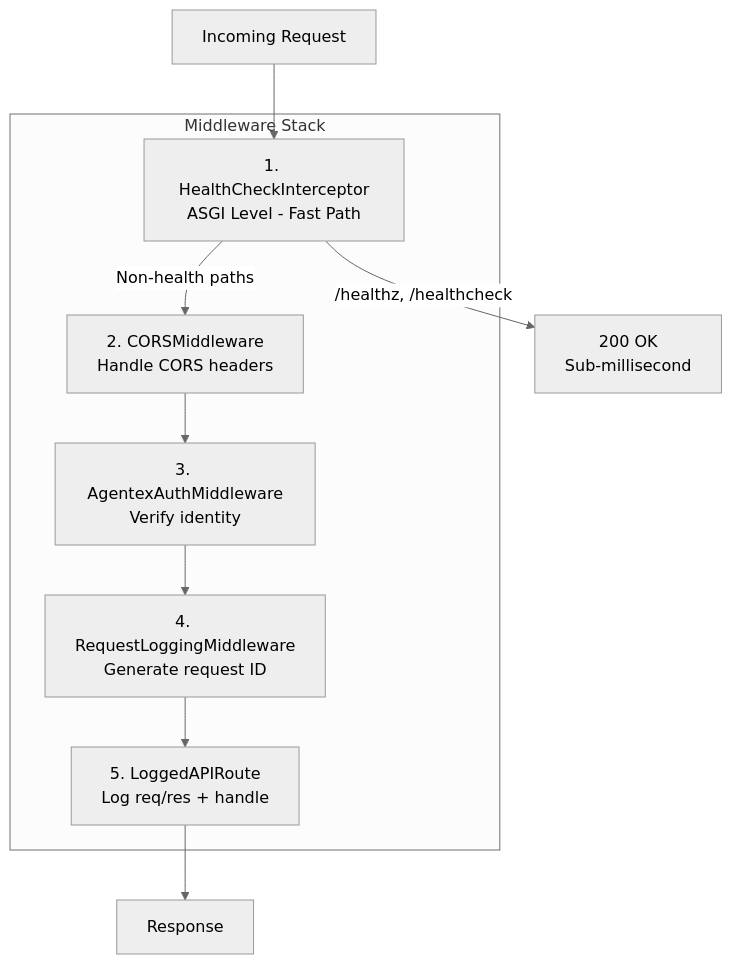
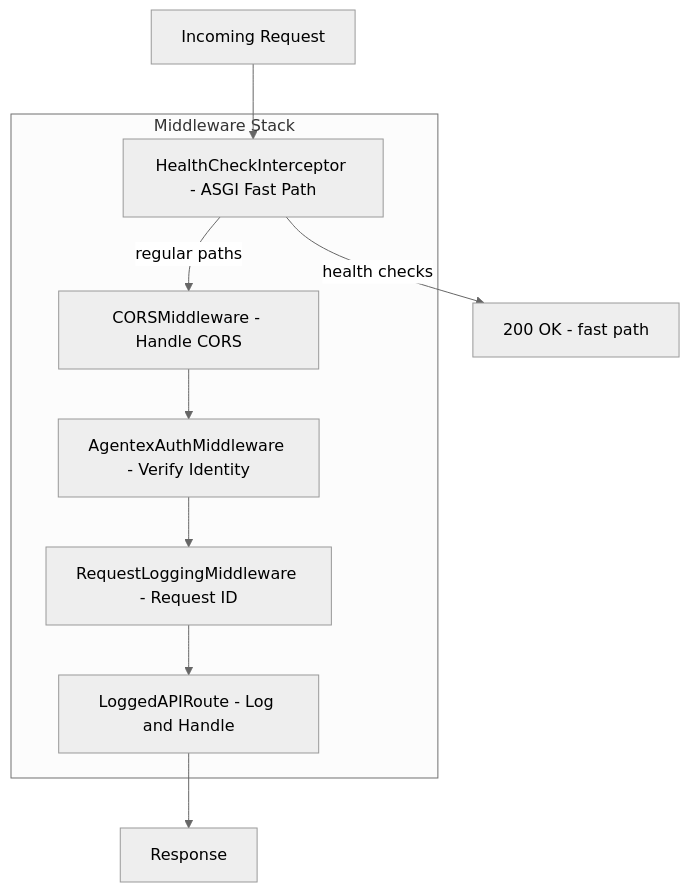
The sixth of 6 diagrams in agentex/docs/docs/development_guides/architecture.md (scaleapi/scale-agentex), drawn with Mermaid (neutral theme) before and after one commit.

Commit message:
fix: Fix Mermaid diagram rendering issues
Remove numbered prefixes (1., 2., etc.) that were being interpreted
as markdown lists. Use dashes instead of <br/> for descriptions.

````diff
--- a/agentex/docs/docs/development_guides/architecture.md
+++ b/agentex/docs/docs/development_guides/architecture.md
@@ -234,20 +234,20 @@
 ```mermaid
 graph TB
     REQ[Incoming Request] --> HCI
 
     subgraph Stack["Middleware Stack"]
-        HCI[1. HealthCheckInterceptor<br/>ASGI Level - Fast Path]
-        CORS[2. CORSMiddleware<br/>Handle CORS headers]
-        AUTH[3. AgentexAuthMiddleware<br/>Verify identity]
-        LOG[4. RequestLoggingMiddleware<br/>Generate request ID]
-        ROUTE[5. LoggedAPIRoute<br/>Log req/res + handle]
+        HCI[HealthCheckInterceptor - ASGI Fast Path]
+        CORS[CORSMiddleware - Handle CORS]
+        AUTH[AgentexAuthMiddleware - Verify Identity]
+        LOG[RequestLoggingMiddleware - Request ID]
+        ROUTE[LoggedAPIRoute - Log and Handle]
     end
 
-    HCI -->|Non-health paths| CORS
+    HCI -->|regular paths| CORS
     CORS --> AUTH
     AUTH --> LOG
     LOG --> ROUTE
     ROUTE --> RESP[Response]
 
-    HCI -->|/healthz, /healthcheck| FAST[200 OK<br/>Sub-millisecond]
+    HCI -->|health checks| FAST[200 OK - fast path]
 ```
````
